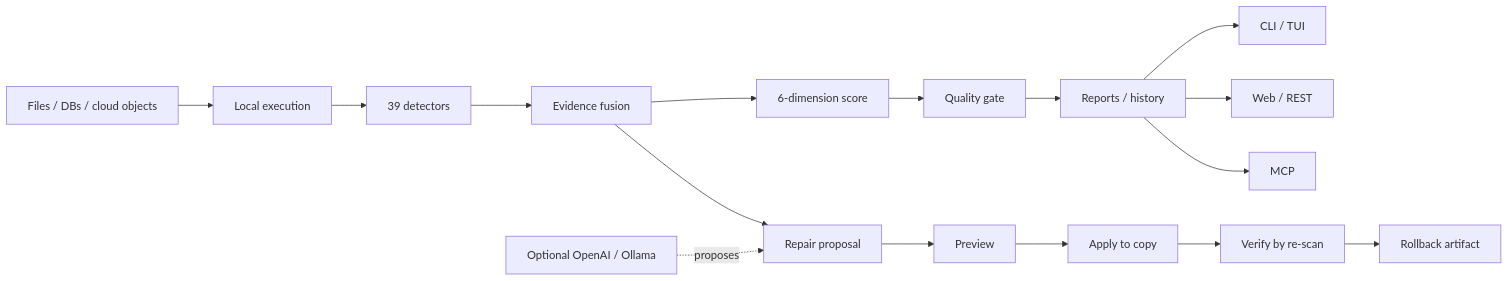
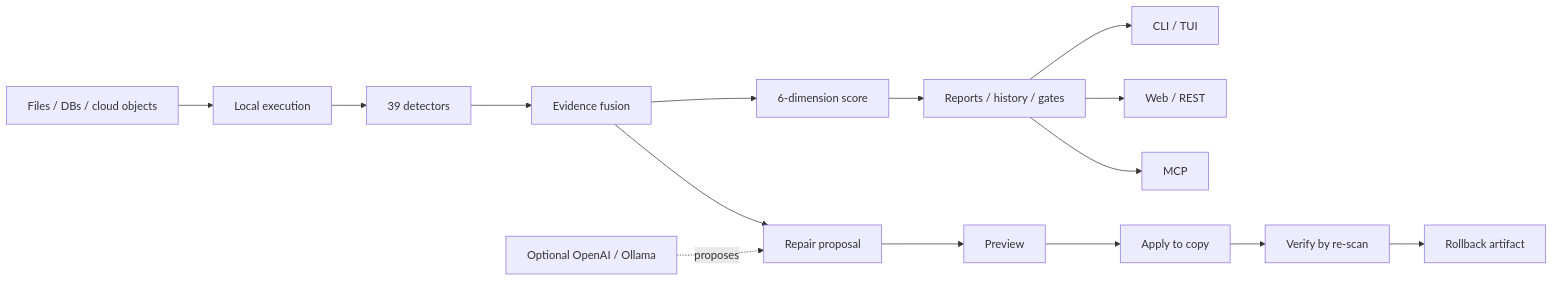
One commit to Jackxiaozhiren/datasentry changed the diagram in README.md. Above: the diagram before and after it, drawn with Mermaid. The commit also changed other lines of this file and 12 other files, not shown here.

````diff
--- a/README.md
+++ b/README.md
@@ -191,18 +207,17 @@
 ```mermaid
 flowchart LR
     Sources[Files / DBs / cloud objects] --> DuckDB[Local execution]
     DuckDB --> Detect[39 detectors]
     Detect --> Evidence[Evidence fusion]
     Evidence --> Score[6-dimension score]
-    Score --> Gate[Quality gate]
-    Gate --> Reports[Reports / history]
+    Score --> Reports[Reports / history / gates]
     Reports --> CLI[CLI / TUI]
     Reports --> Web[Web / REST]
     Reports --> MCP[MCP]
     Evidence --> Proposal[Repair proposal]
     Proposal --> Preview[Preview]
     Preview --> Apply[Apply to copy]
     Apply --> Verify[Verify by re-scan]
     Verify --> Rollback[Rollback artifact]
     LLM[Optional OpenAI / Ollama] -. proposes .-> Proposal
 ```
````
